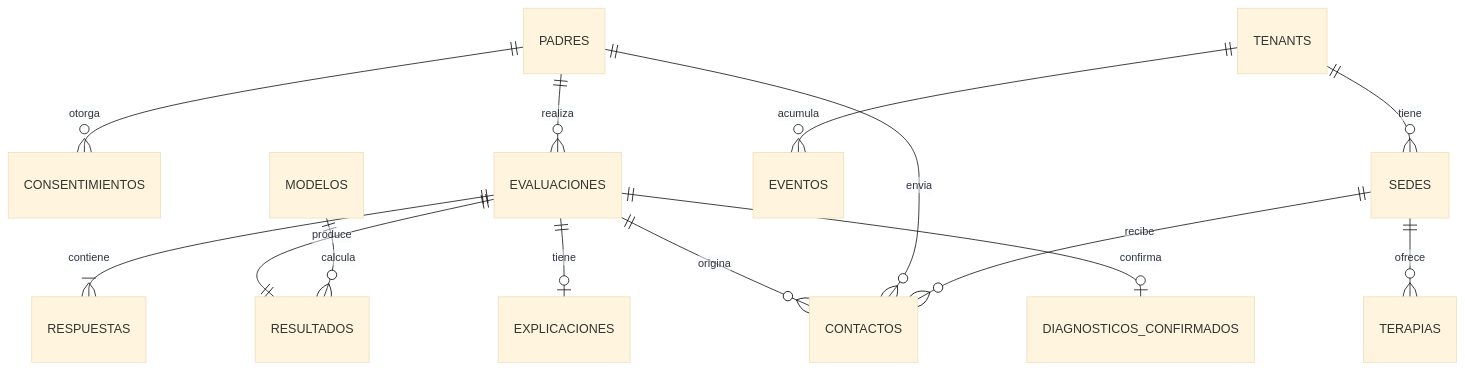
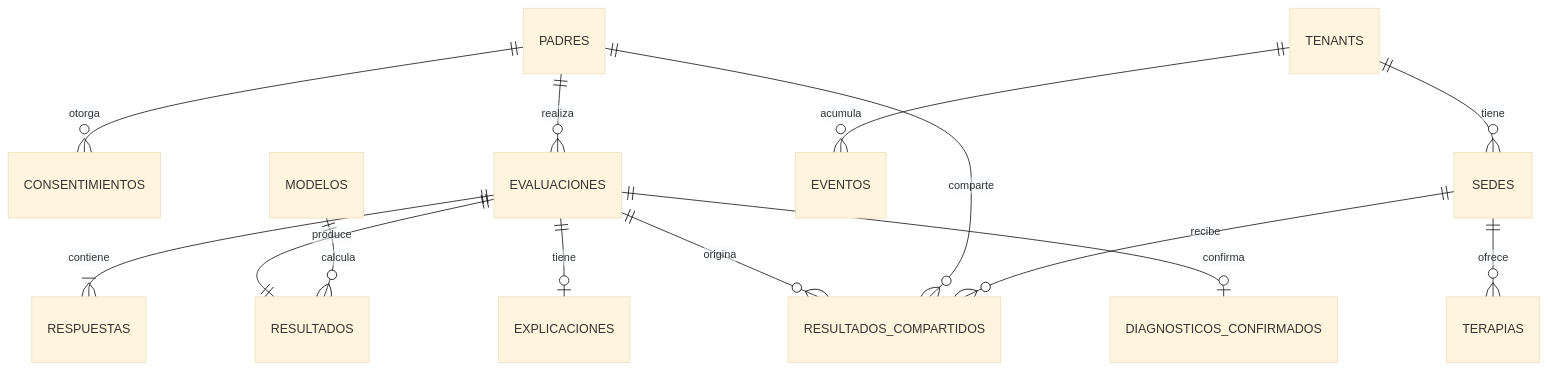
Before and after one commit to ErnestoSCL/neuroa-modelo-tamizaje: the second of 6 diagrams in docs/arquitectura_conecta.md, drawn with Mermaid (base theme). The commit also changed other lines of this file and 1 other file, not shown here.

First line of the commit message:
Record Conecta architecture decisions

````diff
--- a/docs/arquitectura_conecta.md
+++ b/docs/arquitectura_conecta.md
@@ -269,16 +279,16 @@
 ```mermaid
 erDiagram
     PADRES ||--o{ CONSENTIMIENTOS : otorga
     PADRES ||--o{ EVALUACIONES : realiza
     EVALUACIONES ||--|{ RESPUESTAS : contiene
     EVALUACIONES ||--|| RESULTADOS : produce
     EVALUACIONES ||--o| EXPLICACIONES : tiene
-    EVALUACIONES ||--o{ CONTACTOS : origina
-    PADRES ||--o{ CONTACTOS : envia
+    EVALUACIONES ||--o{ RESULTADOS_COMPARTIDOS : origina
+    PADRES ||--o{ RESULTADOS_COMPARTIDOS : comparte
     TENANTS ||--o{ SEDES : tiene
     SEDES ||--o{ TERAPIAS : ofrece
-    SEDES ||--o{ CONTACTOS : recibe
+    SEDES ||--o{ RESULTADOS_COMPARTIDOS : recibe
     TENANTS ||--o{ EVENTOS : acumula
     EVALUACIONES ||--o| DIAGNOSTICOS_CONFIRMADOS : confirma
     MODELOS ||--o{ RESULTADOS : calcula
 ```
````
